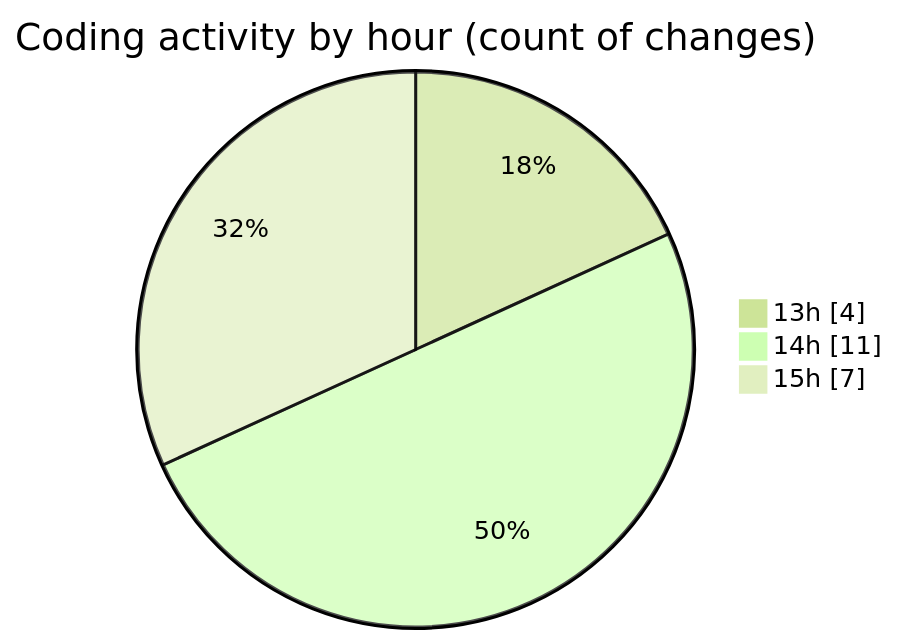
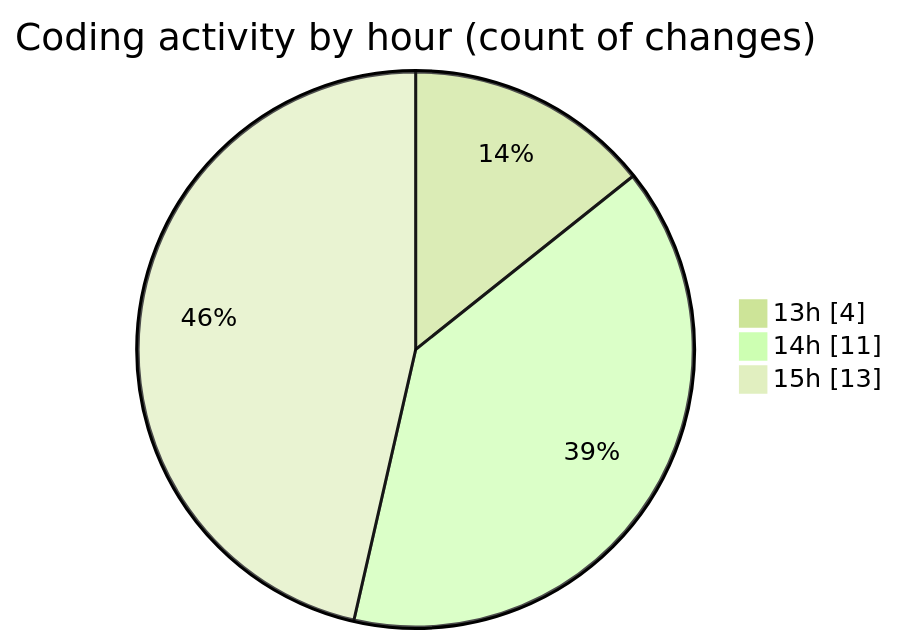
Before and after one commit to nxtqubesakshisongat/code-tracking: the second of 2 diagrams in 2025-09-21/nxtqube_webapp/README.md, drawn with Mermaid (forest theme). The commit also changed other lines of this file and 1 other file, not shown here.

````diff
--- a/2025-09-21/nxtqube_webapp/README.md
+++ b/2025-09-21/nxtqube_webapp/README.md
@@ -32,7 +32,7 @@
 ```mermaid
 pie showData
 title Coding activity by hour (count of changes)
 "13h" : 4
 "14h" : 11
-"15h" : 7
+"15h" : 13
 ```
````
